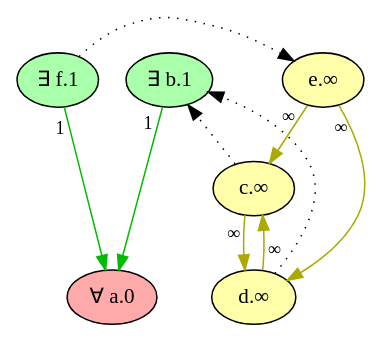
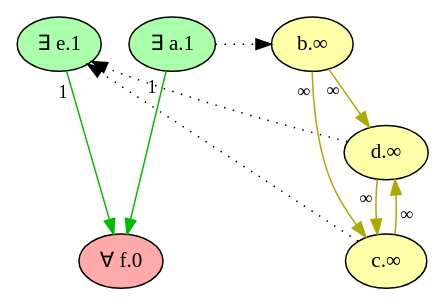
The diagram in Refactor/imgs/wm_graph_sb/clean_game_wfs.dot (idaks/Games-and-Argumentation), drawn with Graphviz before and after one commit. The commit also changed 85 other files, not shown here.

```diff
--- a/Refactor/imgs/wm_graph_sb/clean_game_wfs.dot
+++ b/Refactor/imgs/wm_graph_sb/clean_game_wfs.dot
@@ -1,28 +1,28 @@
 digraph {
     rankdir="TB"
     node [style=filled fontname="Palatino" fontsize=14]
     node [fillcolor="#AAFFAA"]
-    "f" [label="∃ f.1"]
-    "b" [label="∃ b.1"]
+    "e" [label="∃ e.1"]
+    "a" [label="∃ a.1"]
     node [fillcolor="#FFAAAA"]
-    "a" [label="∀ a.0"]
+    "f" [label="∀ f.0"]
     node [fillcolor="#FFFFAA"]
+    "b" [label="b.∞"]
+    "d" [label="d.∞"]
     "c" [label="c.∞"]
-    "d" [label="d.∞"]
-    "e" [label="e.∞"]
     edge[labeldistance=1.5 fontsize=12]
+    edge [color="#AAAA00" style="solid" dir="forward" taillabel="∞"]
+           "b" -> "c" 
+           "d" -> "c" 
+           "b" -> "d" 
+           "c" -> "d" 
     edge [color="#00BB00" style="solid" dir="forward" taillabel="1"]
-           "b" -> "a" 
-           "f" -> "a" 
-    edge [color="#AAAA00" style="solid" dir="forward" taillabel="∞"]
-           "c" -> "d" 
-           "d" -> "c" 
-           "e" -> "c" 
-           "e" -> "d" 
+           "e" -> "f" 
+           "a" -> "f" 
     edge [color="black" style="dotted" dir="forward" taillabel="" constraint=false]
-           "c" -> "b" 
-           "d" -> "b" 
-           "f" -> "e" 
-    {rank = max a}
-    {rank = min f b}
+           "a" -> "b" 
+           "c" -> "e" 
+           "d" -> "e" 
+    {rank = max f}
+    {rank = min e a}
 }
```
